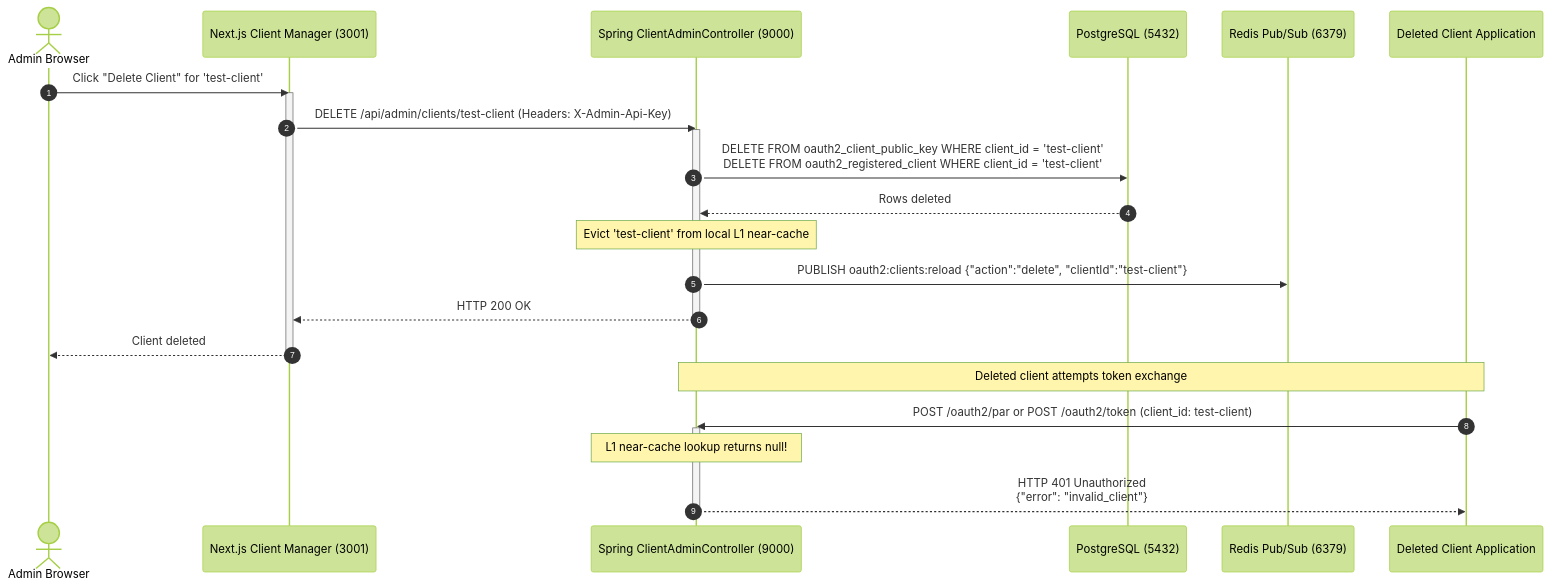
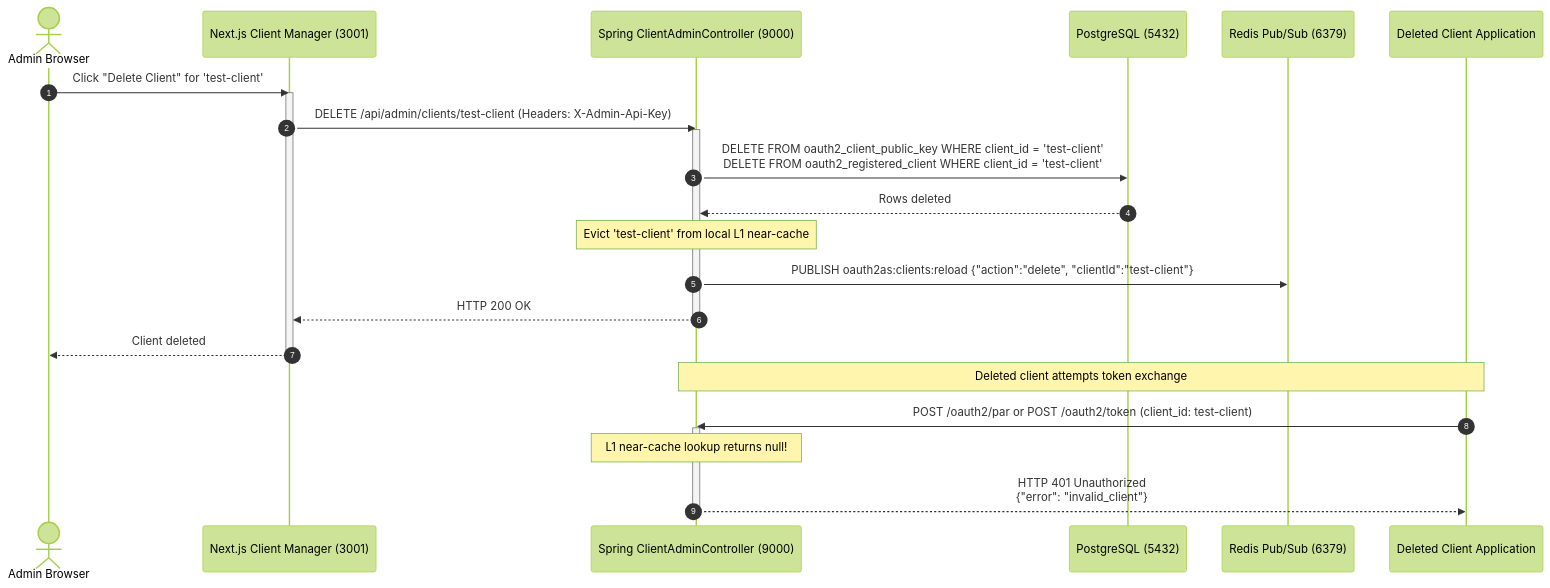
The fourth of 4 diagrams in docs/architecture/client_config_and_caching_flow.md (shoeyn/oauth-server), drawn with Mermaid (forest theme) before and after one commit. The commit also changed other lines of this file and 26 other files, not shown here.

````diff
--- a/docs/architecture/client_config_and_caching_flow.md
+++ b/docs/architecture/client_config_and_caching_flow.md
@@ -116,31 +116,31 @@
 ```mermaid
 sequenceDiagram
     autonumber
     actor Admin as Admin Browser
     participant Manager as Next.js Client Manager (3001)
     participant SpringAdmin as Spring ClientAdminController (9000)
     participant PG as PostgreSQL (5432)
     participant Redis as Redis Pub/Sub (6379)
     participant Rogue as Deleted Client Application
 
     Admin->>Manager: Click "Delete Client" for 'test-client'
     activate Manager
     Manager->>SpringAdmin: DELETE /api/admin/clients/test-client (Headers: X-Admin-Api-Key)
     activate SpringAdmin
     SpringAdmin->>PG: DELETE FROM oauth2_client_public_key WHERE client_id = 'test-client'<br/>DELETE FROM oauth2_registered_client WHERE client_id = 'test-client'
     PG-->>SpringAdmin: Rows deleted
     Note over SpringAdmin: Evict 'test-client' from local L1 near-cache
-    SpringAdmin->>Redis: PUBLISH oauth2:clients:reload {"action":"delete", "clientId":"test-client"}
+    SpringAdmin->>Redis: PUBLISH oauth2as:clients:reload {"action":"delete", "clientId":"test-client"}
     SpringAdmin-->>Manager: HTTP 200 OK
     deactivate SpringAdmin
     Manager-->>Admin: Client deleted
     deactivate Manager
 
     %% Unauthorized attempt
     Note over Rogue, SpringAdmin: Deleted client attempts token exchange
     Rogue->>SpringAdmin: POST /oauth2/par or POST /oauth2/token (client_id: test-client)
     activate SpringAdmin
     Note over SpringAdmin: L1 near-cache lookup returns null!
     SpringAdmin-->>Rogue: HTTP 401 Unauthorized<br/>{"error": "invalid_client"}
     deactivate SpringAdmin
 ```
````
